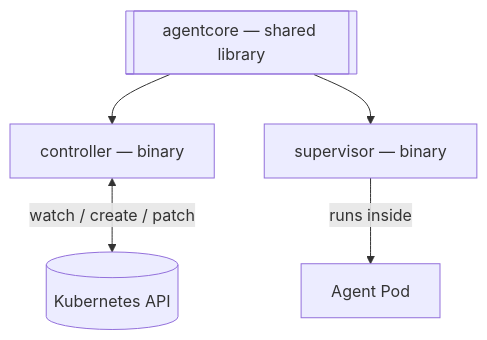
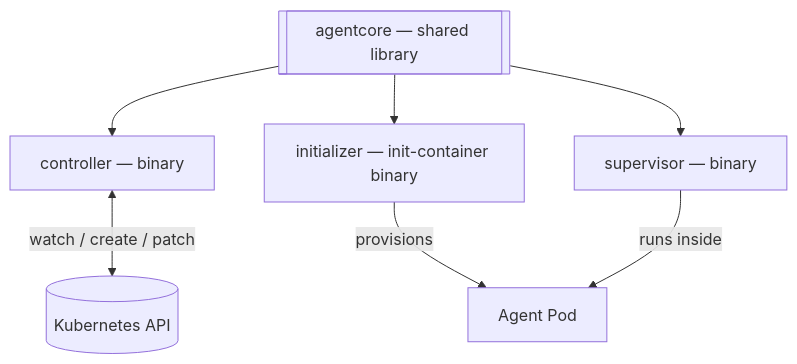
The second of 2 diagrams in README.md (re-cinq/ai-agent-subsystem), drawn with Mermaid before and after one commit. The commit also changed other lines of this file and 32 other files, not shown here.

````diff
--- a/README.md
+++ b/README.md
@@ -36,10 +36,13 @@
 ```mermaid
 flowchart TB
     CORE[["agentcore — shared library"]]
     CTRL["controller — binary"]
+    INIT["initializer — init-container binary"]
     SUP["supervisor — binary"]
     CORE --> CTRL
+    CORE --> INIT
     CORE --> SUP
     CTRL <-->|watch / create / patch| K8S[("Kubernetes API")]
-    SUP -->|runs inside| POD["Agent Pod"]
+    INIT -->|provisions| POD["Agent Pod"]
+    SUP -->|runs inside| POD
 ```
````
